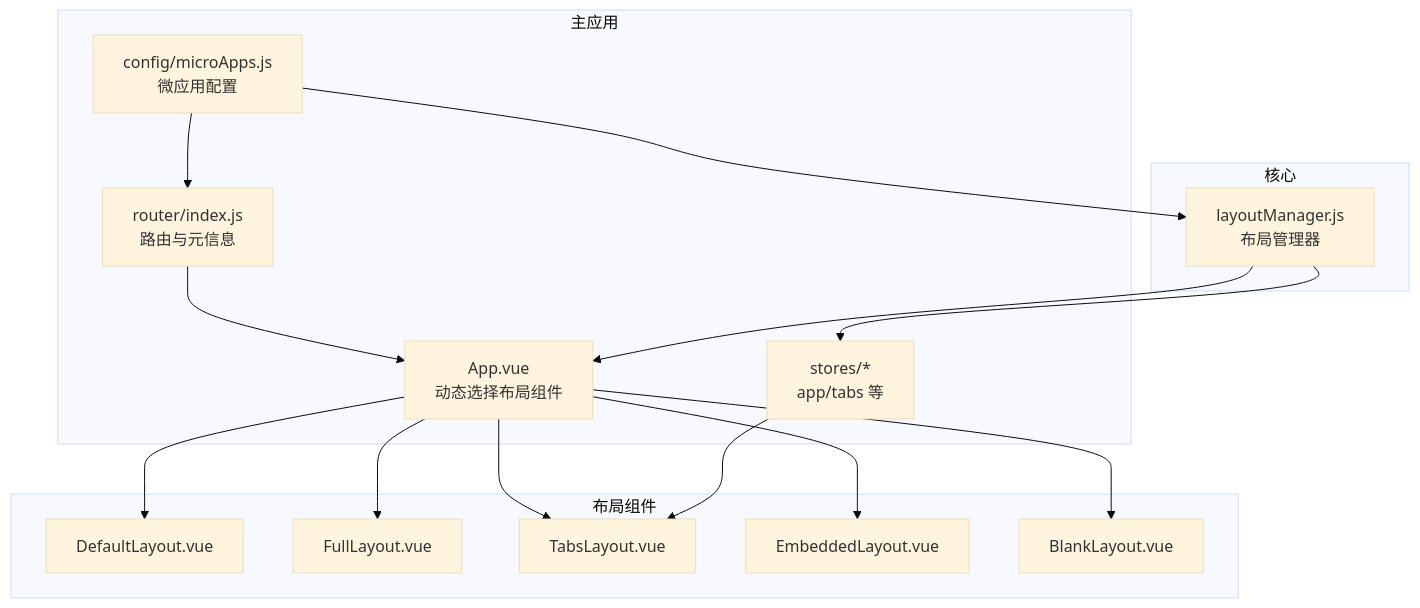
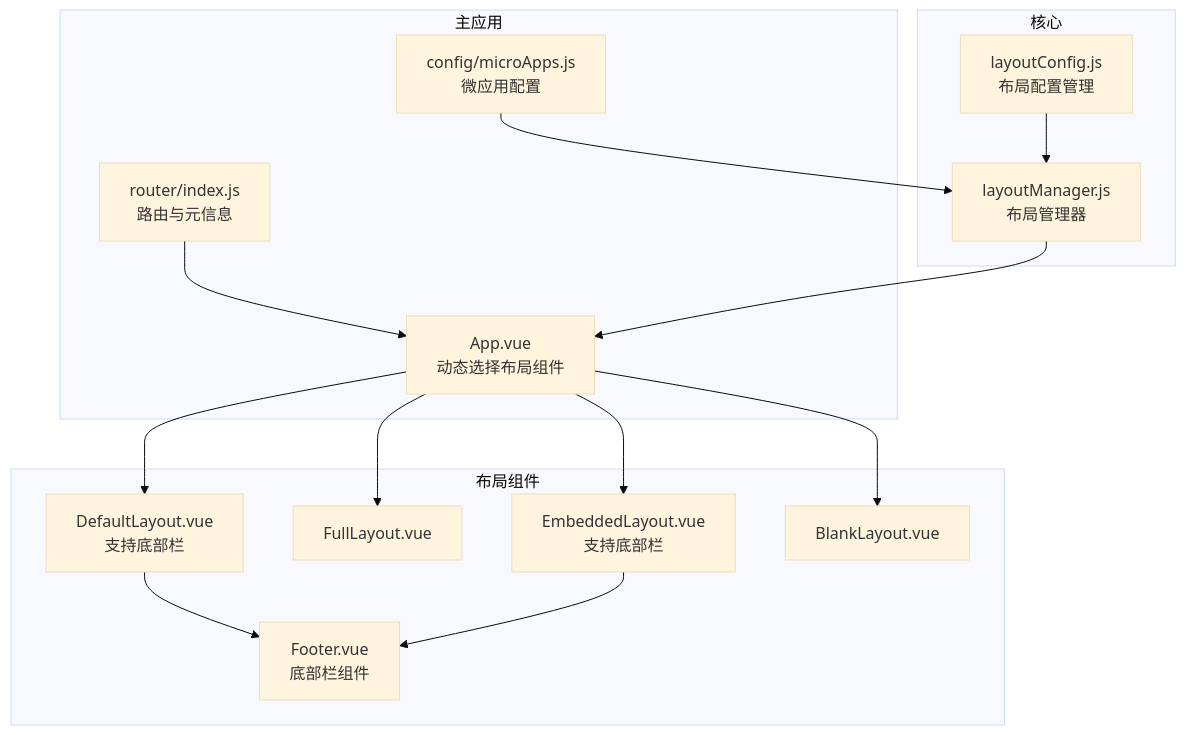
The first of 7 diagrams in .qoder/repowiki/zh/content/核心组件/布局管理器.md (my-Sitara/artisan-base-frontend), drawn with Mermaid (base theme) before and after one commit. The commit also changed other lines of this file and 25 other files, not shown here.

````diff
--- a/.qoder/repowiki/zh/content/核心组件/布局管理器.md
+++ b/.qoder/repowiki/zh/content/核心组件/布局管理器.md
@@ -38,30 +43,29 @@
 ```mermaid
 graph TB
 subgraph "主应用"
 APP["App.vue<br/>动态选择布局组件"]
 ROUTER["router/index.js<br/>路由与元信息"]
-STORES["stores/*<br/>app/tabs 等"]
 CONFIG["config/microApps.js<br/>微应用配置"]
 end
 subgraph "布局组件"
-DEF["DefaultLayout.vue"]
+DEF["DefaultLayout.vue<br/>支持底部栏"]
 FULL["FullLayout.vue"]
-TABS["TabsLayout.vue"]
-EMB["EmbeddedLayout.vue"]
+EMB["EmbeddedLayout.vue<br/>支持底部栏"]
 BLK["BlankLayout.vue"]
+FOOTER["Footer.vue<br/>底部栏组件"]
 end
 subgraph "核心"
 LM["layoutManager.js<br/>布局管理器"]
+LC["layoutConfig.js<br/>布局配置管理"]
 end
 ROUTER --> APP
 APP --> DEF
 APP --> FULL
-APP --> TABS
 APP --> EMB
 APP --> BLK
 LM --> APP
-LM --> STORES
-STORES --> TABS
-CONFIG --> ROUTER
+LC --> LM
 CONFIG --> LM
+DEF --> FOOTER
+EMB --> FOOTER
 ```
````
